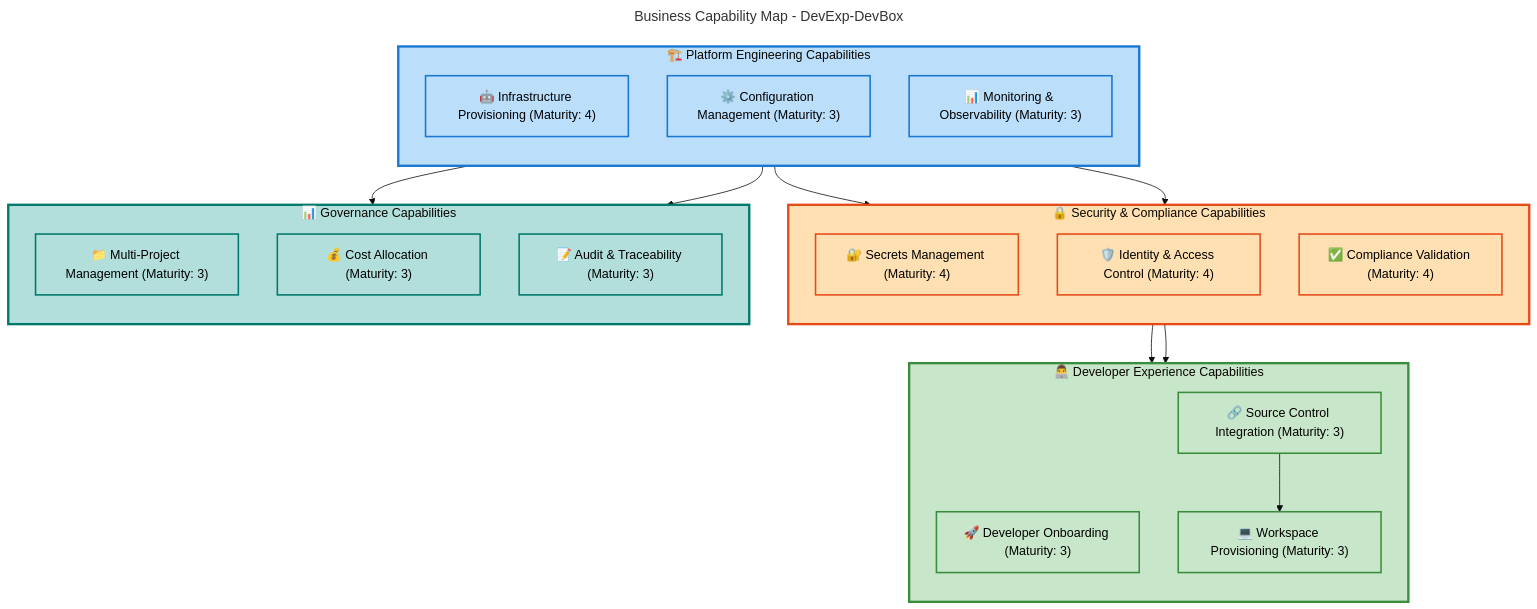
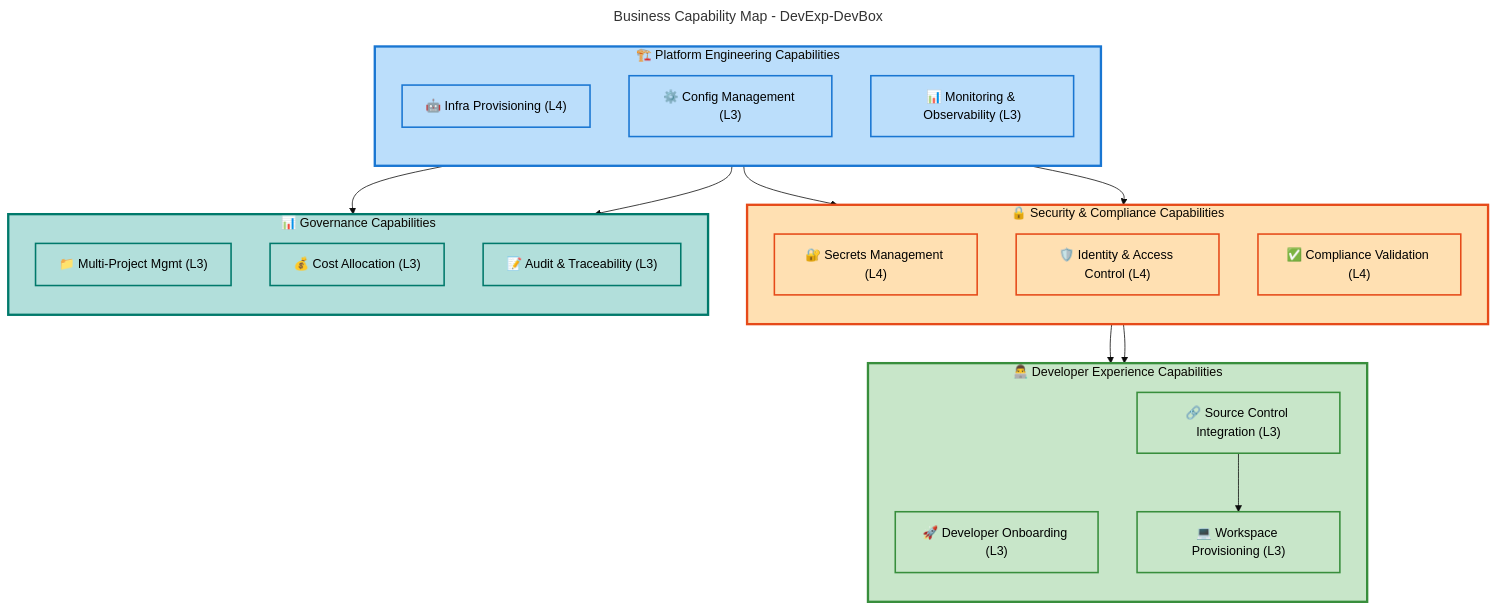
One commit to Evilazaro/DevExp-DevBox changed the second of 5 diagrams in docs/Business-Architecture-BDAT.md. Above: the diagram before and after it, drawn with Mermaid. The commit also changed other lines of this file, not shown here.

Commit message:
Refine Business Architecture Document terminology and flowchart labels for improved clarity and consistency

````diff
--- a/docs/Business-Architecture-BDAT.md
+++ b/docs/Business-Architecture-BDAT.md
@@ -309,66 +309,66 @@
 ```mermaid
 ---
 title: Business Capability Map - DevExp-DevBox
 config:
   theme: base
   flowchart:
     htmlLabels: false
 ---
 flowchart TB
     accTitle: Business Capability Map showing hierarchical capabilities
     accDescr: Structured view of core business capabilities organized by functional domain
 
     %% STANDARD COLOR SCHEME v2.1 - Material Design 3
     %% Hierarchical Colors (Structural Nesting)
     classDef level1Group fill:#E8EAF6,stroke:#3F51B5,stroke-width:3px,color:#000
     classDef level2Group fill:#C5CAE9,stroke:#3F51B5,stroke-width:2px,color:#000
 
     %% Semantic Colors (Functional Content - 100-level shades)
     classDef mdBlue fill:#BBDEFB,stroke:#1976D2,stroke-width:2px,color:#000
     classDef mdGreen fill:#C8E6C9,stroke:#388E3C,stroke-width:2px,color:#000
     classDef mdOrange fill:#FFE0B2,stroke:#E64A19,stroke-width:2px,color:#000
     classDef mdTeal fill:#B2DFDB,stroke:#00796B,stroke-width:2px,color:#000
 
     subgraph platform["🏗️ Platform Engineering Capabilities"]
         direction TB
-        infra["🤖 Infrastructure Provisioning (Maturity: 4)"]:::mdBlue
-        config["⚙️ Configuration Management (Maturity: 3)"]:::mdBlue
-        monitor["📊 Monitoring & Observability (Maturity: 3)"]:::mdBlue
+        infra["🤖 Infra Provisioning (L4)"]:::mdBlue
+        config["⚙️ Config Management (L3)"]:::mdBlue
+        monitor["📊 Monitoring & Observability (L3)"]:::mdBlue
     end
 
     subgraph security["🔒 Security & Compliance Capabilities"]
         direction TB
-        secrets["🔐 Secrets Management (Maturity: 4)"]:::mdOrange
-        rbac["🛡️ Identity & Access Control (Maturity: 4)"]:::mdOrange
-        compliance["✅ Compliance Validation (Maturity: 4)"]:::mdOrange
+        secrets["🔐 Secrets Management (L4)"]:::mdOrange
+        rbac["🛡️ Identity & Access Control (L4)"]:::mdOrange
+        compliance["✅ Compliance Validation (L4)"]:::mdOrange
     end
 
     subgraph developer["👨‍💻 Developer Experience Capabilities"]
         direction TB
-        onboard["🚀 Developer Onboarding (Maturity: 3)"]:::mdGreen
-        source["🔗 Source Control Integration (Maturity: 3)"]:::mdGreen
-        workspace["💻 Workspace Provisioning (Maturity: 3)"]:::mdGreen
+        onboard["🚀 Developer Onboarding (L3)"]:::mdGreen
+        source["🔗 Source Control Integration (L3)"]:::mdGreen
+        workspace["💻 Workspace Provisioning (L3)"]:::mdGreen
     end
 
     subgraph governance["📊 Governance Capabilities"]
         direction TB
-        multi["📁 Multi-Project Management (Maturity: 3)"]:::mdTeal
-        cost["💰 Cost Allocation (Maturity: 3)"]:::mdTeal
-        audit["📝 Audit & Traceability (Maturity: 3)"]:::mdTeal
+        multi["📁 Multi-Project Mgmt (L3)"]:::mdTeal
+        cost["💰 Cost Allocation (L3)"]:::mdTeal
+        audit["📝 Audit & Traceability (L3)"]:::mdTeal
     end
 
     infra --> secrets
     infra --> rbac
     config --> multi
     secrets --> onboard
     rbac --> workspace
     monitor --> audit
     source --> workspace
 
     style platform fill:#BBDEFB,stroke:#1976D2,stroke-width:3px
     style security fill:#FFE0B2,stroke:#E64A19,stroke-width:3px
     style developer fill:#C8E6C9,stroke:#388E3C,stroke-width:3px
     style governance fill:#B2DFDB,stroke:#00796B,stroke-width:3px
 
     %% Accessibility: WCAG AA verified (4.5:1 contrast ratio)
 ```
````
